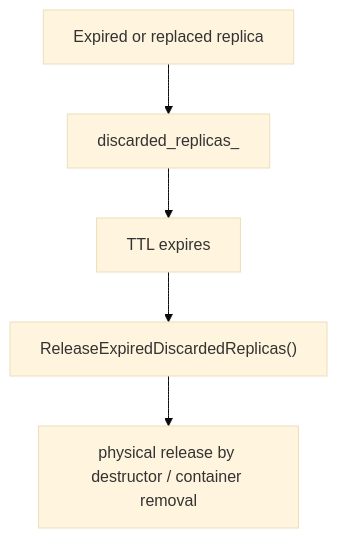
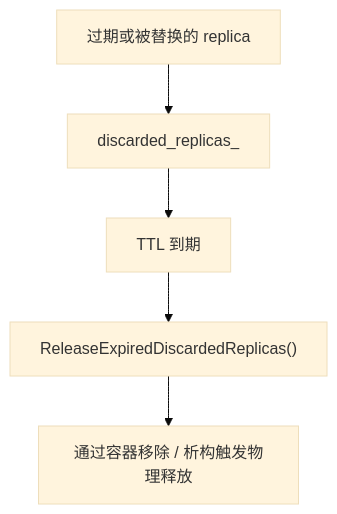
One commit to bigboywwn/AI_coding changed the third of 7 diagrams in docs/mooncake-masterservice-structures.md. Above: the diagram before and after it, drawn with Mermaid (base theme). The commit also changed other lines of this file and 3 other files, not shown here.

````diff
--- a/docs/mooncake-masterservice-structures.md
+++ b/docs/mooncake-masterservice-structures.md
@@ -178,7 +181,7 @@
 ```mermaid
 flowchart TD
-  A["Expired or replaced replica"] --> B["discarded_replicas_"]
-  B --> C["TTL expires"]
+  A["过期或被替换的 replica"] --> B["discarded_replicas_"]
+  B --> C["TTL 到期"]
   C --> D["ReleaseExpiredDiscardedReplicas()"]
-  D --> E["physical release by destructor / container removal"]
+  D --> E["通过容器移除 / 析构触发物理释放"]
 ```
````
